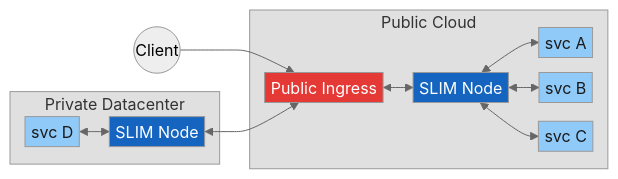
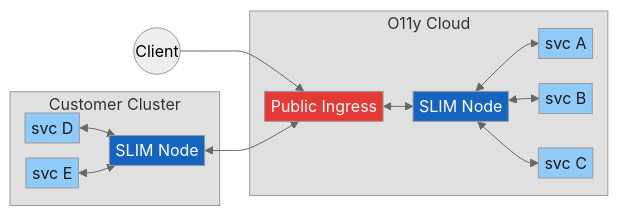
The second of 9 diagrams in presentations/slim-multicluster-demo/slim-multicluster-demo.md (agntcy/blogs), drawn with Mermaid (neutral theme) before and after one commit. The commit also changed other lines of this file, not shown here.

````diff
--- a/presentations/slim-multicluster-demo/slim-multicluster-demo.md
+++ b/presentations/slim-multicluster-demo/slim-multicluster-demo.md
@@ -62,24 +66,26 @@
 ```mermaid
 %%{init: {'flowchart': {'nodeSpacing': 15, 'rankSpacing': 30, 'padding': 3}}}%%
 graph LR
-    subgraph PRV["Private Datacenter"]
+    subgraph PRV["Customer Cluster"]
         S4[svc D] <--> SN2[SLIM Node]
+        S5[svc E] <--> SN2[SLIM Node]
     end
-    subgraph PUB["Public Cloud"]
+    subgraph PUB["O11y Cloud"]
         IG[Public Ingress] <--> SN1[SLIM Node]
         SN1 <--> S1[svc A]
         SN1 <--> S2[svc B]
         SN1 <--> S3[svc C]
     end
     C((Client)) --> IG
     SN2 <--> IG
     style IG fill:#E53935,color:#fff
     style SN1 fill:#1565C0,color:#fff
     style SN2 fill:#1565C0,color:#fff
     style S1 fill:#90CAF9,color:#1a1a1a
     style S2 fill:#90CAF9,color:#1a1a1a
     style S3 fill:#90CAF9,color:#1a1a1a
     style S4 fill:#90CAF9,color:#1a1a1a
+    style S5 fill:#90CAF9,color:#1a1a1a
     style PUB fill:#e0e0e0,stroke:#999,color:#333
     style PRV fill:#e0e0e0,stroke:#999,color:#333
 ```
````
